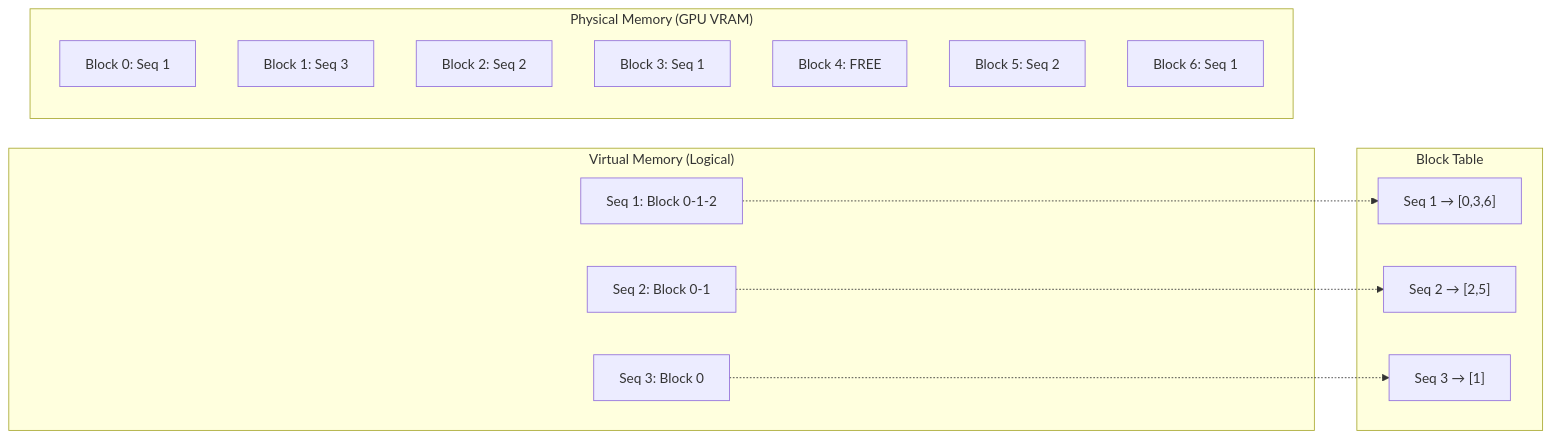
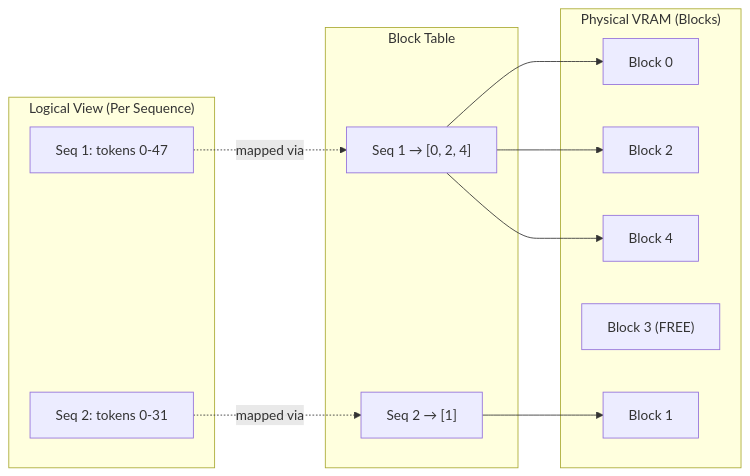
The third of 4 diagrams in README.md (singhuday26/Helix), drawn with Mermaid before and after one commit. The commit also changed other lines of this file and 1 other file, not shown here.

````diff
--- a/README.md
+++ b/README.md
@@ -206,28 +178,27 @@
 ```mermaid
 flowchart LR
-    subgraph VIRTUAL["Virtual Memory (Logical)"]
-        V1["Seq 1: Block 0-1-2"]
-        V2["Seq 2: Block 0-1"]
-        V3["Seq 3: Block 0"]
+    subgraph LOGICAL["Logical View (Per Sequence)"]
+        S1["Seq 1: tokens 0-47"]
+        S2["Seq 2: tokens 0-31"]
     end
 
-    subgraph PHYSICAL["Physical Memory (GPU VRAM)"]
-        P0["Block 0: Seq 1"]
-        P1["Block 1: Seq 3"]
-        P2["Block 2: Seq 2"]
-        P3["Block 3: Seq 1"]
-        P4["Block 4: FREE"]
-        P5["Block 5: Seq 2"]
-        P6["Block 6: Seq 1"]
+    subgraph PHYSICAL["Physical VRAM (Blocks)"]
+        B0["Block 0"] 
+        B1["Block 1"]
+        B2["Block 2"]
+        B3["Block 3 (FREE)"]
+        B4["Block 4"]
     end
 
     subgraph TABLE["Block Table"]
-        T1["Seq 1 → [0,3,6]"]
-        T2["Seq 2 → [2,5]"]
-        T3["Seq 3 → [1]"]
+        T1["Seq 1 → [0, 2, 4]"]
+        T2["Seq 2 → [1]"]
     end
 
-    V1 -.-> T1
-    V2 -.-> T2
-    V3 -.-> T3
+    S1 -.->|"mapped via"| T1
+    S2 -.->|"mapped via"| T2
+    T1 --> B0
+    T1 --> B2
+    T1 --> B4
+    T2 --> B1
 ```
````
